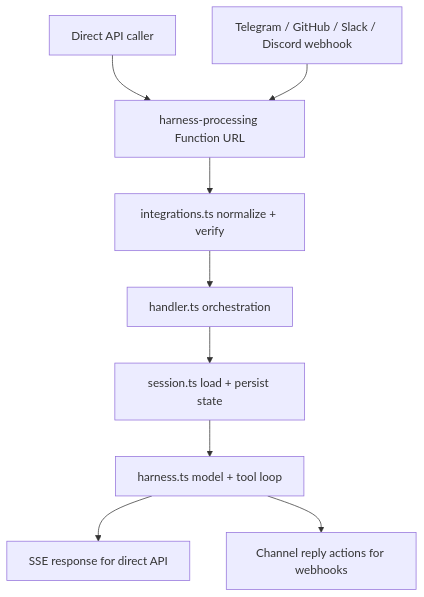
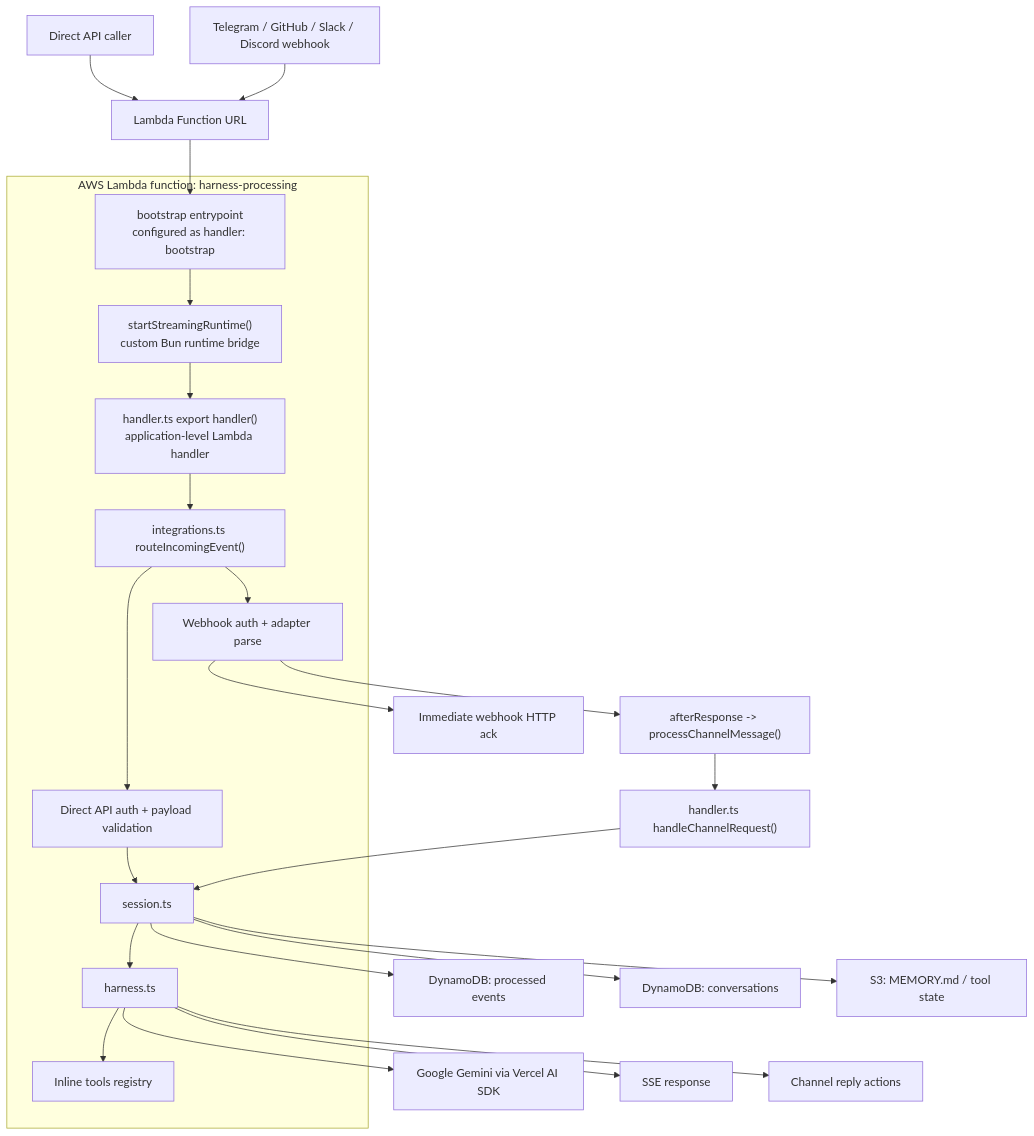
The diagram in README.md (beeblastco/filthy-panty), drawn with Mermaid before and after one commit. The commit also changed other lines of this file and 20 other files, not shown here.

````diff
--- a/README.md
+++ b/README.md
@@ -13,11 +13,40 @@
 ```mermaid
 flowchart TD
-  A["Direct API caller"] --> B["harness-processing Function URL"]
+  A["Direct API caller"] --> B["Lambda Function URL"]
   C["Telegram / GitHub / Slack / Discord webhook"] --> B
-  B --> D["integrations.ts normalize + verify"]
-  D --> E["handler.ts orchestration"]
-  E --> F["session.ts load + persist state"]
-  F --> G["harness.ts model + tool loop"]
-  G --> H["SSE response for direct API"]
-  G --> I["Channel reply actions for webhooks"]
+
+  subgraph L["AWS Lambda function: harness-processing"]
+    D["bootstrap entrypoint<br/>configured as handler: bootstrap"]
+    E["startStreamingRuntime()<br/>custom Bun runtime bridge"]
+    F["handler.ts export handler()<br/>application-level Lambda handler"]
+    G["integrations.ts routeIncomingEvent()"]
+    H["Direct API auth + payload validation"]
+    I["Webhook auth + adapter parse"]
+    J["session.ts"]
+    N["harness.ts"]
+    P["Inline tools registry"]
+  end
+
+  B --> D
+  D --> E
+  E --> F
+  F --> G
+  G --> H
+  G --> I
+
+  H --> J
+  J --> N
+  N --> P
+  N --> O["Google Gemini via Vercel AI SDK"]
+  N --> Q["SSE response"]
+
+  I --> ACK["Immediate webhook HTTP ack"]
+  I --> PR["afterResponse -> processChannelMessage()"]
+  PR --> F2["handler.ts handleChannelRequest()"]
+  F2 --> J
+  N --> R["Channel reply actions"]
+
+  J --> K["DynamoDB: processed events"]
+  J --> L2["DynamoDB: conversations"]
+  J --> M["S3: MEMORY.md / tool state"]
 ```
````
